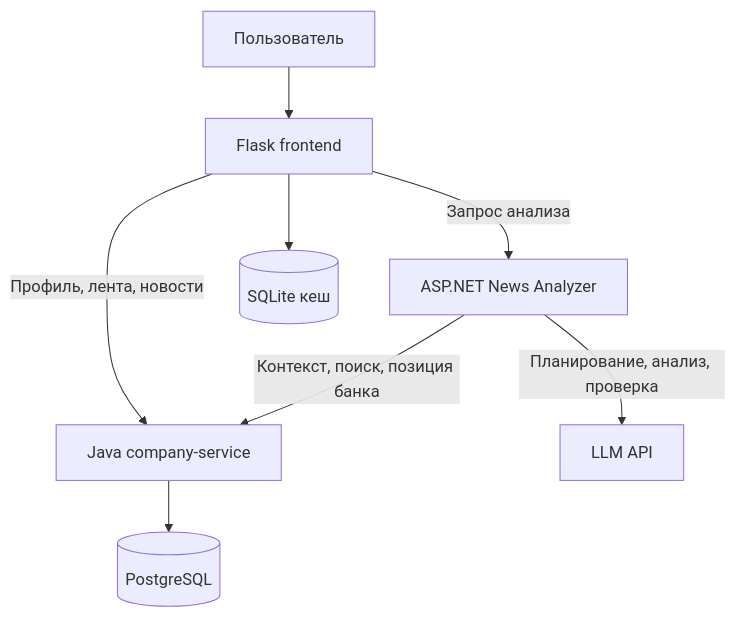
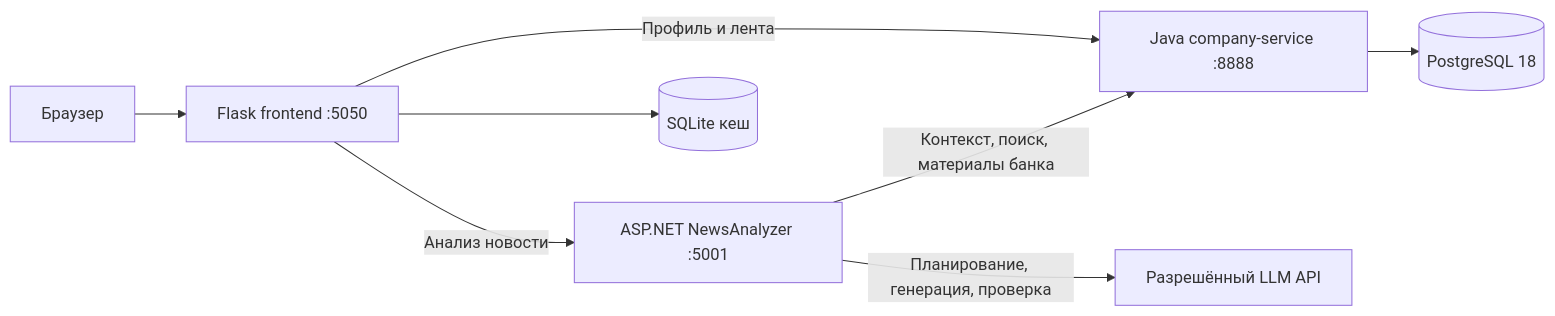
One commit to AlexWarn1ng/AlfaBank-Hackaton2026 changed the diagram in README.md. Above: the diagram before and after it, drawn with Mermaid. The commit also changed other lines of this file, not shown here.

````diff
--- a/README.md
+++ b/README.md
@@ -85,10 +24,10 @@
 ```mermaid
-flowchart TB
-    U[Пользователь] --> F[Flask frontend]
-    F -->|Профиль, лента, новости| J[Java company-service]
-    F -->|Запрос анализа| A[ASP.NET News Analyzer]
-    J --> P[(PostgreSQL)]
-    A -->|Контекст, поиск, позиция банка| J
-    A -->|Планирование, анализ, проверка| L[LLM API]
-    F --> C[(SQLite кеш)]
+flowchart LR
+    U[Браузер] --> F[Flask frontend :5050]
+    F -->|Профиль и лента| J[Java company-service :8888]
+    F -->|Анализ новости| A[ASP.NET NewsAnalyzer :5001]
+    J --> DB[(PostgreSQL 18)]
+    A -->|Контекст, поиск, материалы банка| J
+    A -->|Планирование, генерация, проверка| LLM[Разрешённый LLM API]
+    F --> S[(SQLite кеш)]
 ```
````
